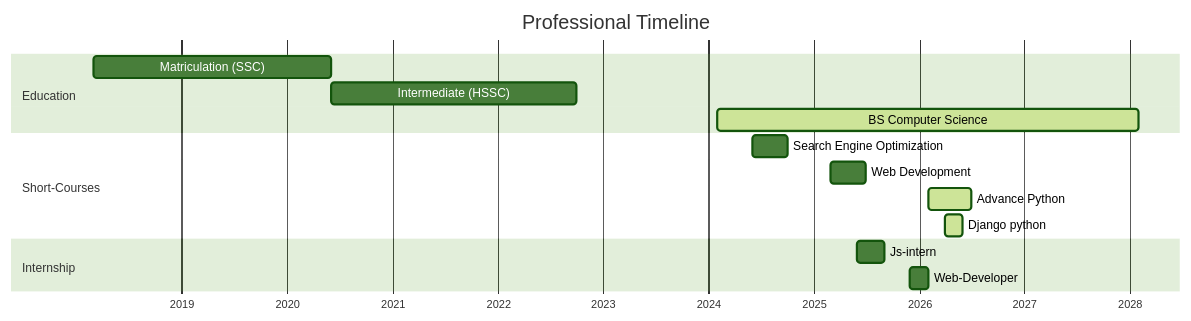
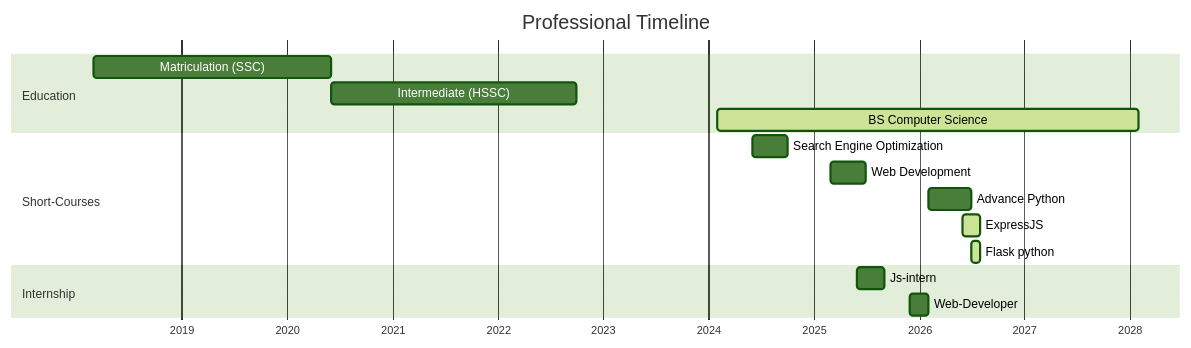
The diagram in README.md (ahmadubaid061/ahmadubaid061), drawn with Mermaid (forest theme) before and after one commit.

````diff
--- a/README.md
+++ b/README.md
@@ -73,25 +73,26 @@
 ```mermaid
 gantt
     title Professional Timeline
     dateFormat  YYYY-MM
     axisFormat %Y
     
     section Education
     Matriculation (SSC) :a1, 2018-03, 2020-06
     Intermediate (HSSC) :a2, after a1, 2022-10
     BS Computer Science :active, a3, 2024-02, 2028-02
     
 
     section Short-Courses
     Search Engine Optimization:a4, 2024-06,2024-10
     Web Development :a5, 2025-03,2025-07
-    Advance Python         :active,a6, 2026-02,2026-07
-    Django python          :active,a8, 2026-04,2026-06
+    Advance Python         :a6, 2026-02,2026-07
+    ExpressJS              :active, 2026-06,2026-08
+    Flask python          :active, 2026-07,2026-08
     
 
     section Internship
     Js-intern  :a7,2025-06,2025-09
     Web-Developer :a8, 2025-12, 2026-02
 
     
 ```
````
